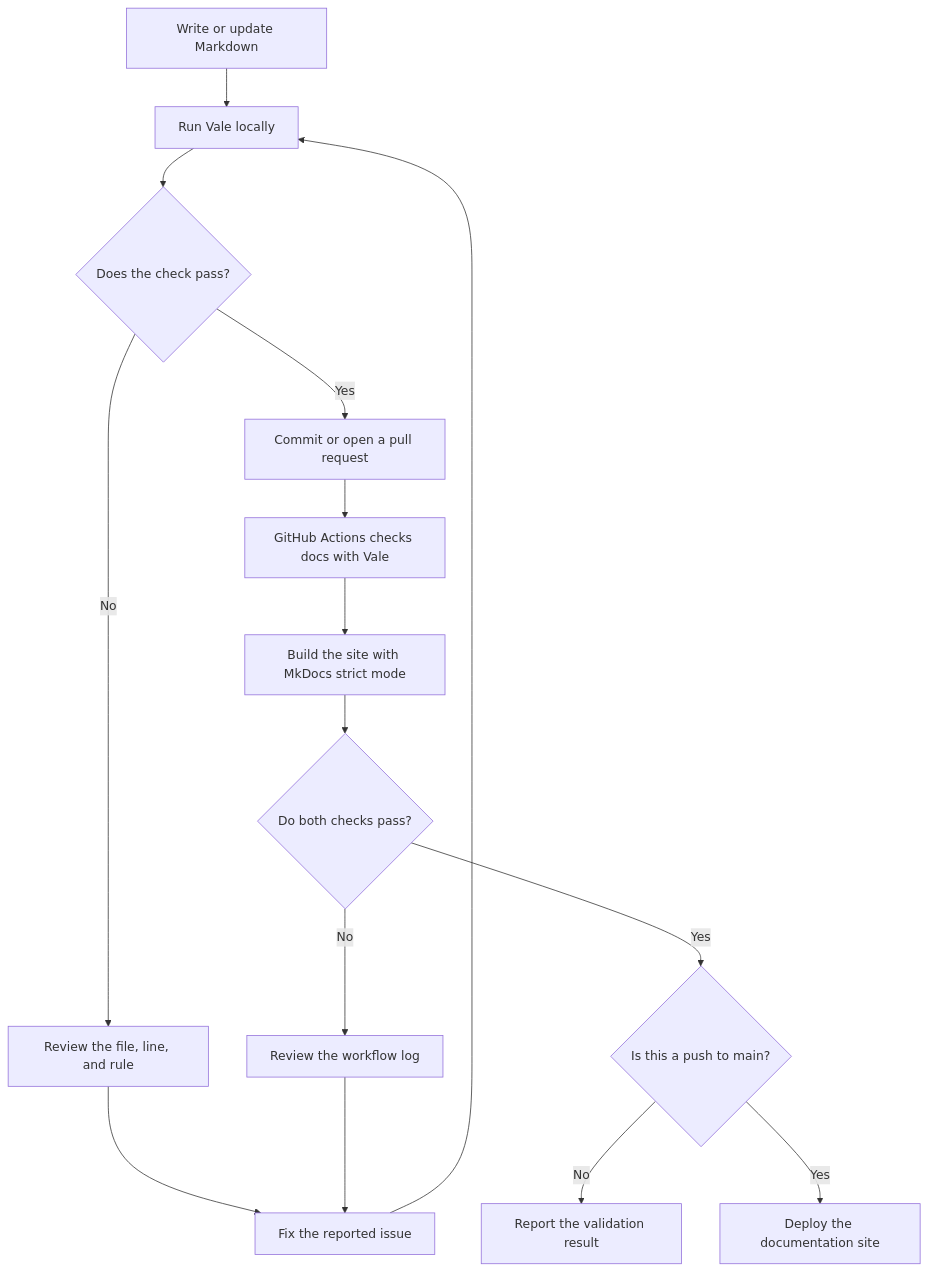
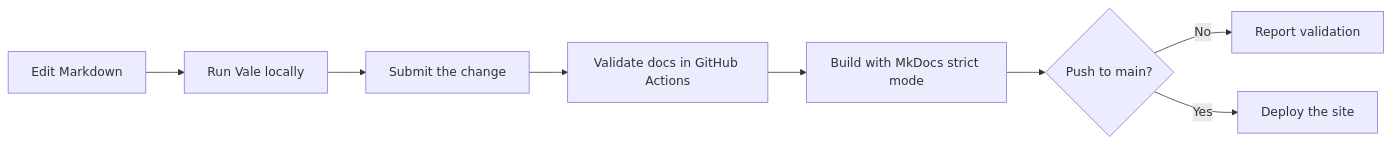
Before and after one commit to alison2fun/tech-docs-portfolio: the diagram in docs/core-projects/english-documentation/index.md, drawn with Mermaid. The commit also changed other lines of this file and 33 other files, not shown here.

````diff
--- a/docs/core-projects/english-documentation/index.md
+++ b/docs/core-projects/english-documentation/index.md
@@ -167,21 +65,10 @@
 ```mermaid
-flowchart TD
-    A[Write or update Markdown] --> B[Run Vale locally]
-    B --> C{Does the check pass?}
-
-    C -- No --> D[Review the file, line, and rule]
-    D --> E[Fix the reported issue]
-    E --> B
-
-    C -- Yes --> F[Commit or open a pull request]
-    F --> G[GitHub Actions checks docs with Vale]
-    G --> H[Build the site with MkDocs strict mode]
-    H --> I{Do both checks pass?}
-
-    I -- No --> J[Review the workflow log]
-    J --> E
-
-    I -- Yes --> K{Is this a push to main?}
-    K -- No --> L[Report the validation result]
-    K -- Yes --> M[Deploy the documentation site]
+flowchart LR
+    A[Edit Markdown] --> B[Run Vale locally]
+    B --> C[Submit the change]
+    C --> D[Validate docs in GitHub Actions]
+    D --> E[Build with MkDocs strict mode]
+    E --> F{Push to main?}
+    F -- No --> G[Report validation]
+    F -- Yes --> H[Deploy the site]
 ```
````
